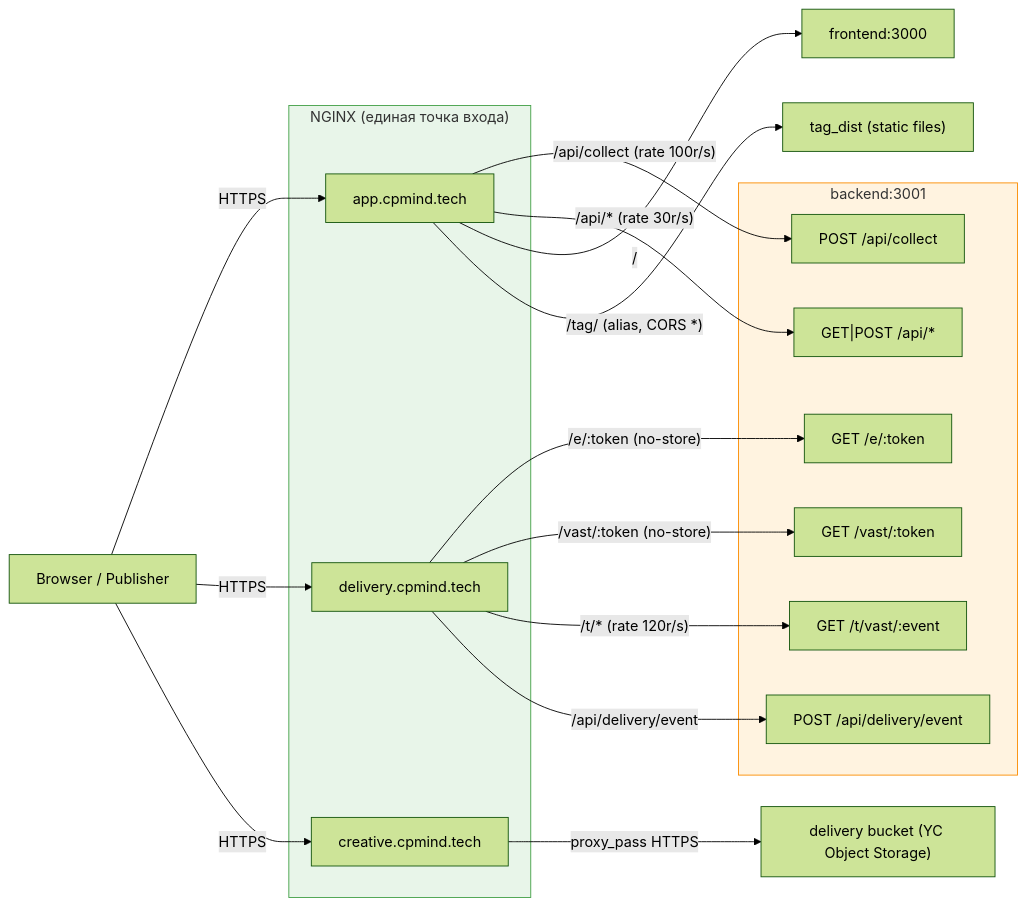
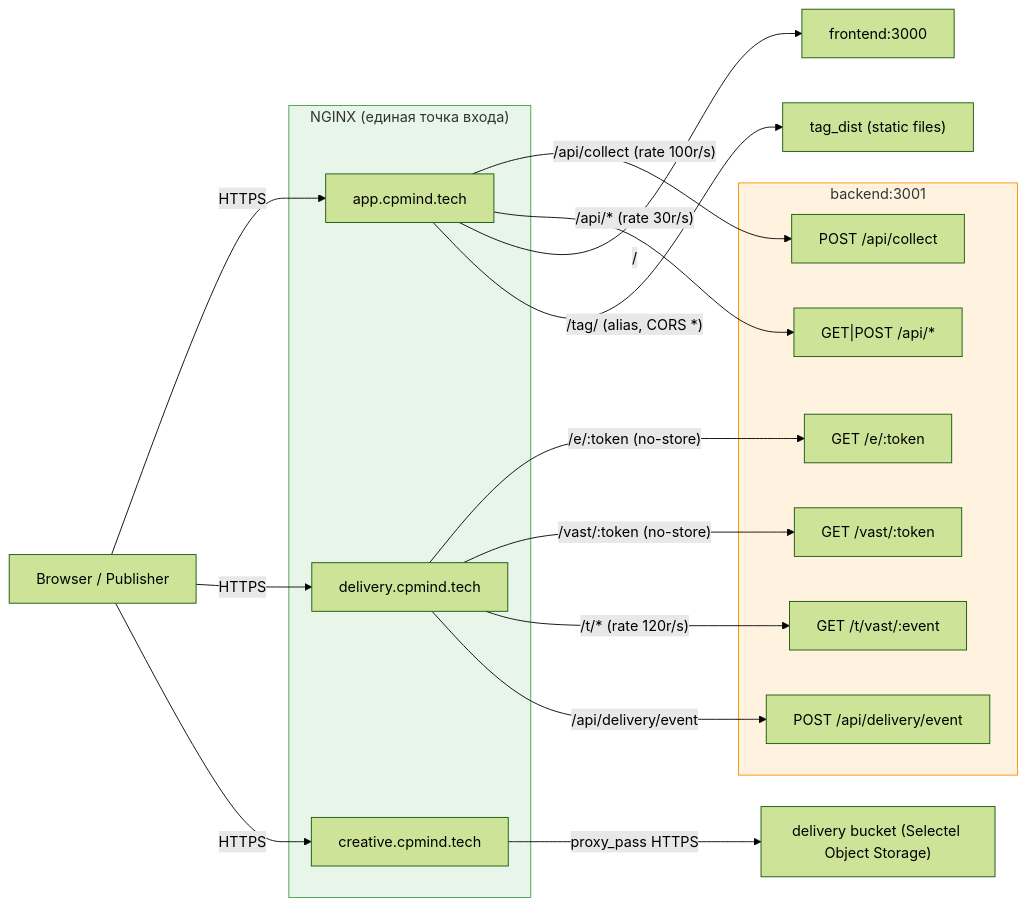
One commit to StepanCyberPsy/CPMind-core changed the third of 13 diagrams in docs/ARCHITECTURE.md. Above: the diagram before and after it, drawn with Mermaid (forest theme). The commit also changed other lines of this file and 11 other files, not shown here.

````diff
--- a/docs/ARCHITECTURE.md
+++ b/docs/ARCHITECTURE.md
@@ -206,42 +205,42 @@
 ```mermaid
 graph LR
     client["Browser / Publisher"]
 
     subgraph nginx["NGINX (единая точка входа)"]
         d_app["app.cpmind.tech"]
         d_delivery["delivery.cpmind.tech"]
         d_creative["creative.cpmind.tech"]
     end
 
     subgraph backend_svc["backend:3001"]
         api_collect["POST /api/collect"]
         api_rest["GET|POST /api/*"]
         api_embed["GET /e/:token"]
         api_vast["GET /vast/:token"]
         api_track["GET /t/vast/:event"]
         api_delivery_evt["POST /api/delivery/event"]
     end
 
     frontend_svc["frontend:3000"]
     tag_static["tag_dist (static files)"]
-    ycs_delivery["delivery bucket (YC Object Storage)"]
+    ycs_delivery["delivery bucket (Selectel Object Storage)"]
 
     client -->|HTTPS| d_app
     client -->|HTTPS| d_delivery
     client -->|HTTPS| d_creative
 
     d_app -->|"/api/collect (rate 100r/s)"| api_collect
     d_app -->|"/api/* (rate 30r/s)"| api_rest
     d_app -->|"/"| frontend_svc
     d_app -->|"/tag/ (alias, CORS *)"| tag_static
 
     d_delivery -->|"/e/:token (no-store)"| api_embed
     d_delivery -->|"/vast/:token (no-store)"| api_vast
     d_delivery -->|"/t/* (rate 120r/s)"| api_track
     d_delivery -->|"/api/delivery/event"| api_delivery_evt
 
     d_creative -->|"proxy_pass HTTPS"| ycs_delivery
 
     style nginx fill:#e8f5e9,stroke:#43a047
     style backend_svc fill:#fff3e0,stroke:#fb8c00
 ```
````
